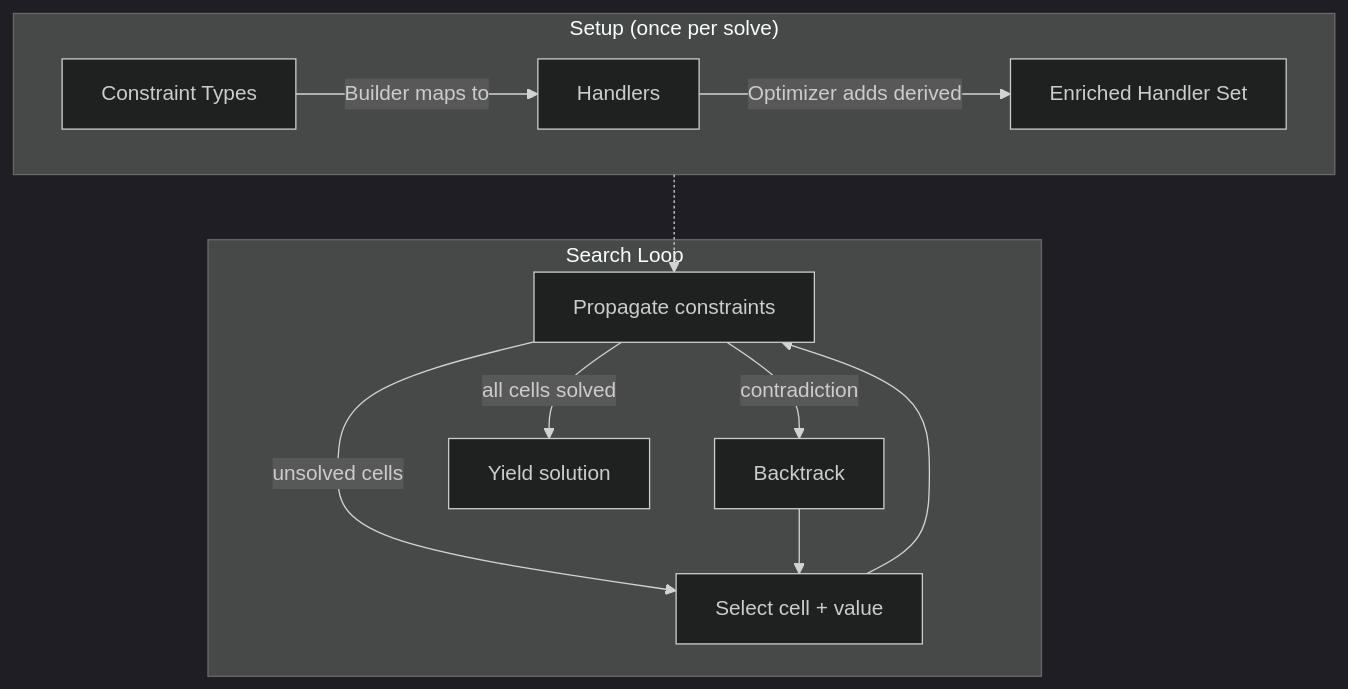
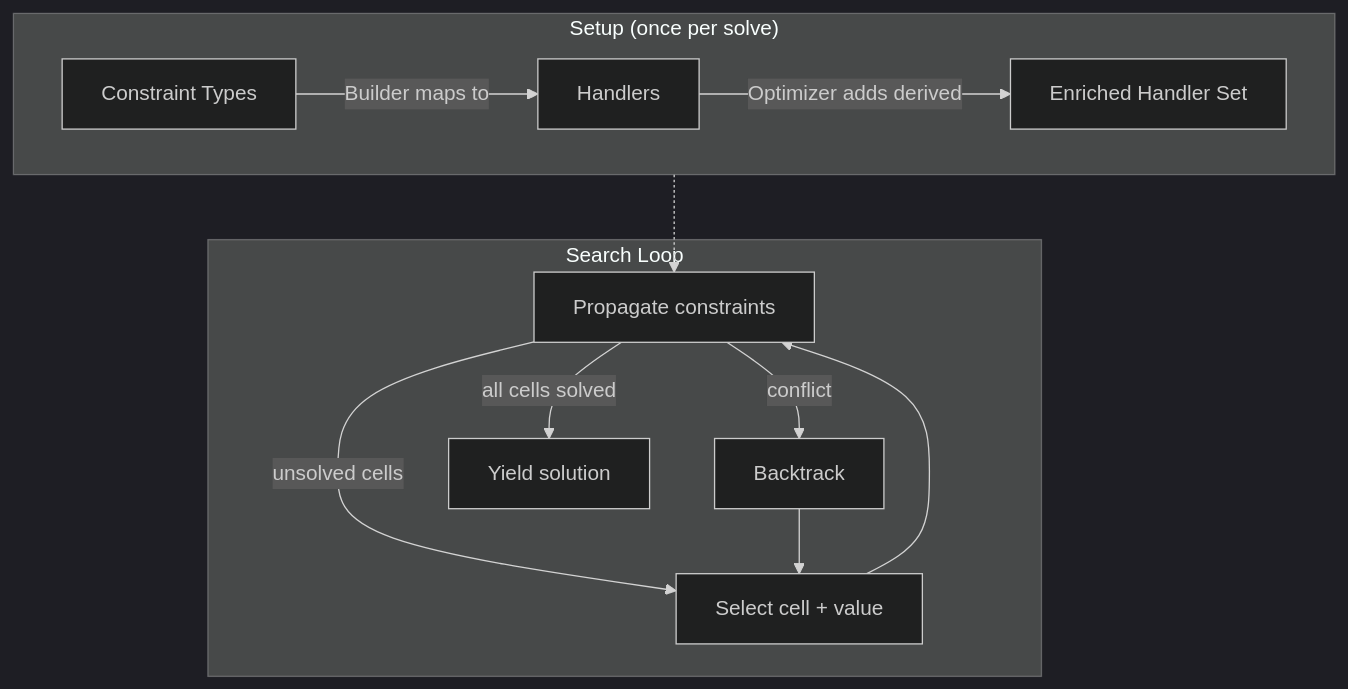
The diagram in js/solver/README.md (sigh/Interactive-Sudoku-Solver), drawn with Mermaid (dark theme) before and after one commit. The commit also changed other lines of this file and 12 other files, not shown here.

````diff
--- a/js/solver/README.md
+++ b/js/solver/README.md
@@ -19,17 +19,17 @@
 ```mermaid
 flowchart TD
     subgraph "Setup (once per solve)"
         direction LR
         CT["Constraint Types"] -->|"Builder maps to"| H["Handlers"]
         H -->|"Optimizer adds derived"| H2["Enriched Handler Set"]
     end
 
     subgraph "Search Loop"
         Select["Select cell + value"] --> Propagate["Propagate constraints"]
         Propagate -->|"unsolved cells"| Select
-        Propagate -->|"contradiction"| BT["Backtrack"] --> Select
+        Propagate -->|"conflict"| BT["Backtrack"] --> Select
         Propagate -->|"all cells solved"| Solution["Yield solution"]
     end
 
     H2 -.-> Propagate
 ```
````
